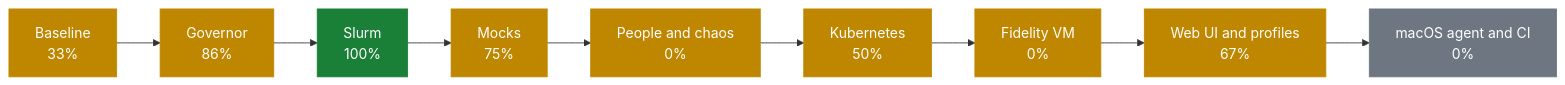
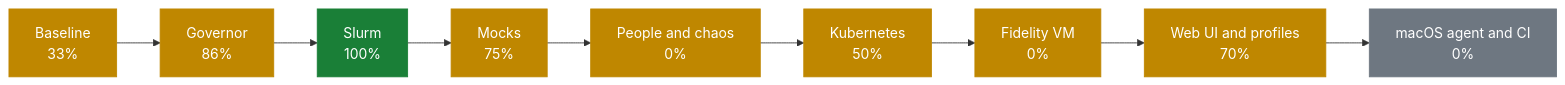
The first of 2 diagrams in docs/PROGRESS.md (AhmedYousriSobhi/workbench), drawn with Mermaid before and after one commit. The commit also changed other lines of this file and 15 other files, not shown here.

````diff
--- a/docs/PROGRESS.md
+++ b/docs/PROGRESS.md
@@ -10,17 +10,17 @@
 ```mermaid
 flowchart LR
     p0["Baseline<br/>33%"]:::partial
     p1["Governor<br/>86%"]:::partial
     p2["Slurm<br/>100%"]:::done
     p3["Mocks<br/>75%"]:::partial
     p4["People and chaos<br/>0%"]:::partial
     p5["Kubernetes<br/>50%"]:::partial
     p6["Fidelity VM<br/>0%"]:::partial
-    p7["Web UI and profiles<br/>67%"]:::partial
+    p7["Web UI and profiles<br/>70%"]:::partial
     p8["macOS agent and CI<br/>0%"]:::todo
     p0 --> p1 --> p2 --> p3 --> p4 --> p5 --> p6 --> p7 --> p8
     classDef done fill:#1a7f37,stroke:#1a7f37,color:#fff
     classDef review fill:#0969da,stroke:#0969da,color:#fff
     classDef partial fill:#bf8700,stroke:#bf8700,color:#fff
     classDef todo fill:#6e7781,stroke:#6e7781,color:#fff
 ```
````
